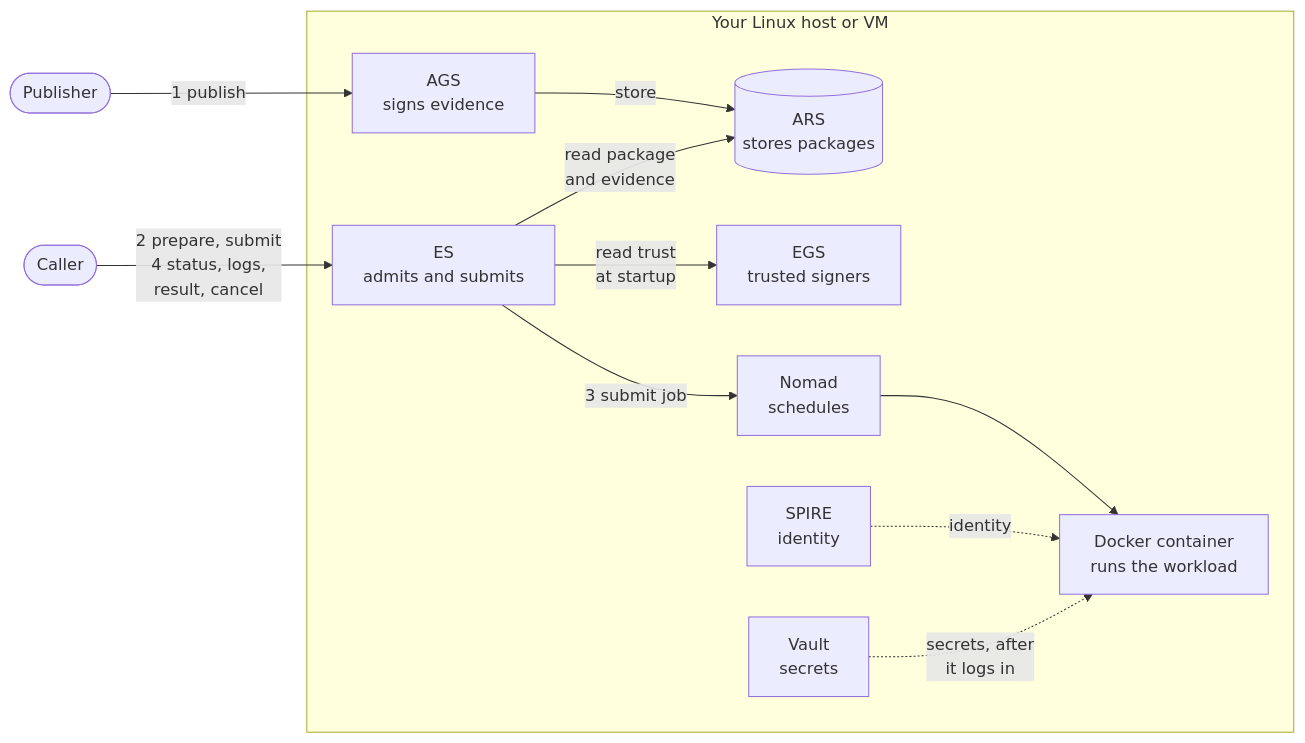
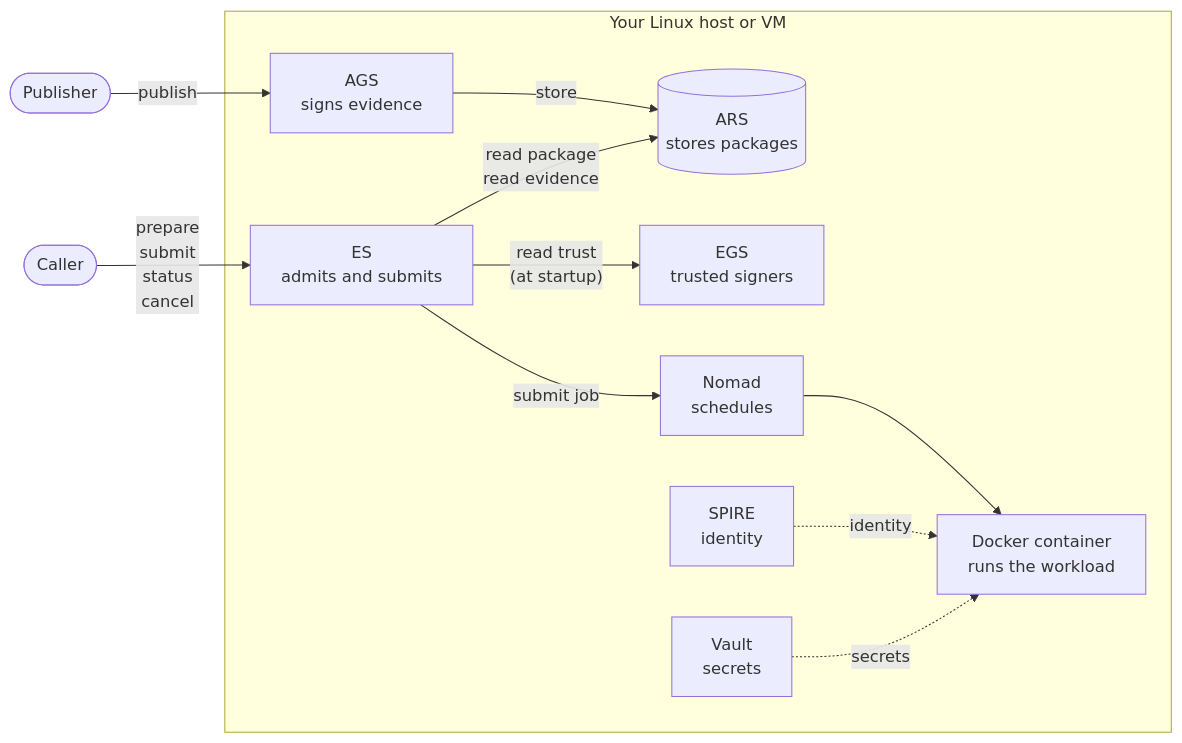
Before and after one commit to evo-agi/Execution-Substrate: the diagram in README.md, drawn with Mermaid.

Commit message:
Update README.md (#43)
* Update README.md

* Update README.md

````diff
--- a/README.md
+++ b/README.md
@@ -14,26 +14,26 @@
 ```mermaid
 flowchart LR
     Publisher(["Publisher"])
     Caller(["Caller"])
 
     subgraph Host["Your Linux host or VM"]
         AGS["AGS<br/>signs evidence"]
         ES["ES<br/>admits and submits"]
         ARS[("ARS<br/>stores packages")]
         EGS["EGS<br/>trusted signers"]
         Nomad["Nomad<br/>schedules"]
         SPIRE["SPIRE<br/>identity"]
         Vault["Vault<br/>secrets"]
         Task["Docker container<br/>runs the workload"]
     end
 
-    Publisher -->|"1 publish"| AGS
+    Publisher -->|"publish"| AGS
     AGS -->|"store"| ARS
-    Caller -->|"2 prepare, submit<br/>4 status, logs,<br/>result, cancel"| ES
-    ES -->|"read package<br/>and evidence"| ARS
-    ES -->|"read trust<br/>at startup"| EGS
-    ES -->|"3 submit job"| Nomad
+    Caller -->|"prepare<br/>submit<br/>status<br/>cancel"| ES
+    ES -->|"read package<br/>read evidence"| ARS
+    ES -->|"read trust<br/>(at startup)"| EGS
+    ES -->|"submit job"| Nomad
     Nomad --> Task
     SPIRE -.->|"identity"| Task
-    Vault -.->|"secrets, after<br/>it logs in"| Task
+    Vault -.->|"secrets"| Task
 ```
````
